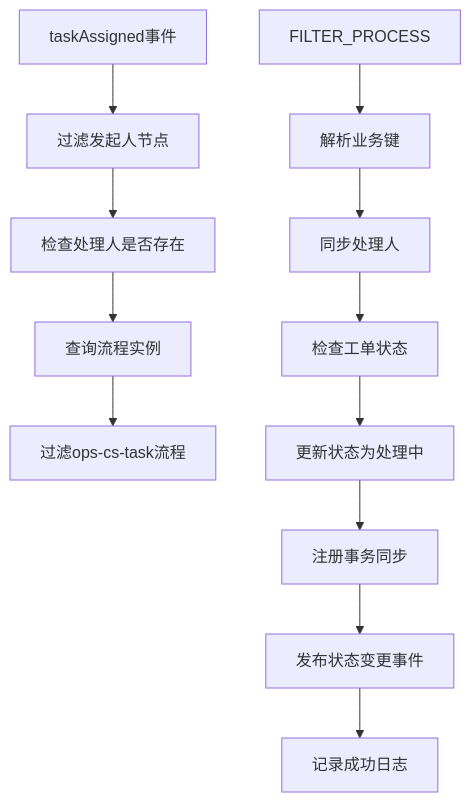
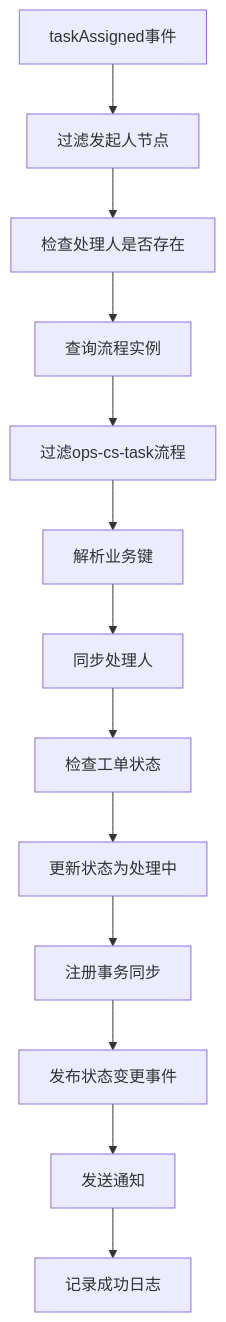
One commit to xiaoche80s-tech/rouyi-vue-pro changed diagram 29 of 48 in .qoder/repowiki/zh/content/核心模块/客户服务模块.md. Above: the diagram before and after it, drawn with Mermaid. The commit also changed other lines of this file and 977 other files, not shown here.

````diff
--- a/.qoder/repowiki/zh/content/核心模块/客户服务模块.md
+++ b/.qoder/repowiki/zh/content/核心模块/客户服务模块.md
@@ -1551,14 +1697,15 @@
 ```mermaid
 flowchart TD
 TASK_ASSIGNED[taskAssigned事件] --> FILTER_START_USER[过滤发起人节点]
 FILTER_START_USER --> CHECK_ASSIGNEE[检查处理人是否存在]
 CHECK_ASSIGNEE --> QUERY_PROCESS[查询流程实例]
 QUERY_PROCESS --> FILTER_PROCESS_KEY[过滤ops-cs-task流程]
-FILTER_PROCESS --> PARSE_BUSINESS_KEY[解析业务键]
+FILTER_PROCESS_KEY --> PARSE_BUSINESS_KEY[解析业务键]
 PARSE_BUSINESS_KEY --> SYNC_ASSIGNEE[同步处理人]
 SYNC_ASSIGNEE --> CHECK_STATUS[检查工单状态]
 CHECK_STATUS --> UPDATE_STATUS[更新状态为处理中]
 UPDATE_STATUS --> REGISTER_TRANSACTION[注册事务同步]
 REGISTER_TRANSACTION --> PUBLISH_EVENT[发布状态变更事件]
-PUBLISH_EVENT --> LOG_SUCCESS[记录成功日志]
+PUBLISH_EVENT --> SEND_NOTIFICATION[发送通知]
+SEND_NOTIFICATION --> LOG_SUCCESS[记录成功日志]
 ```
````
